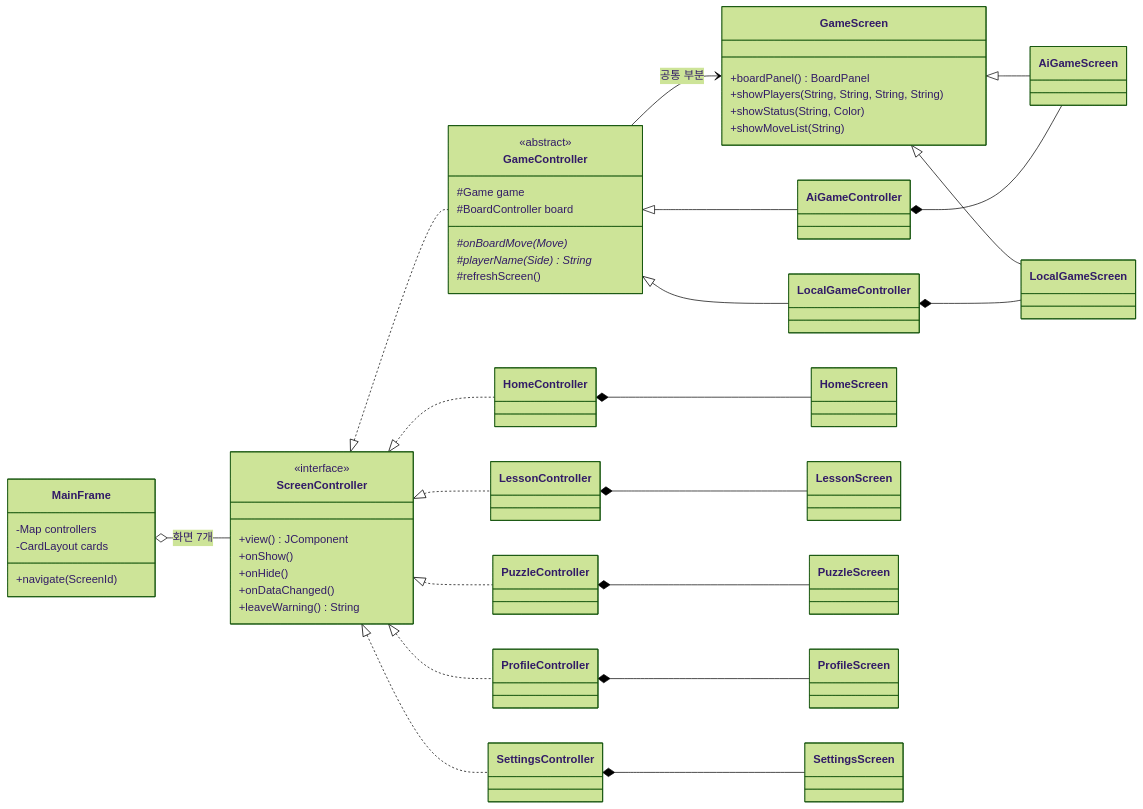
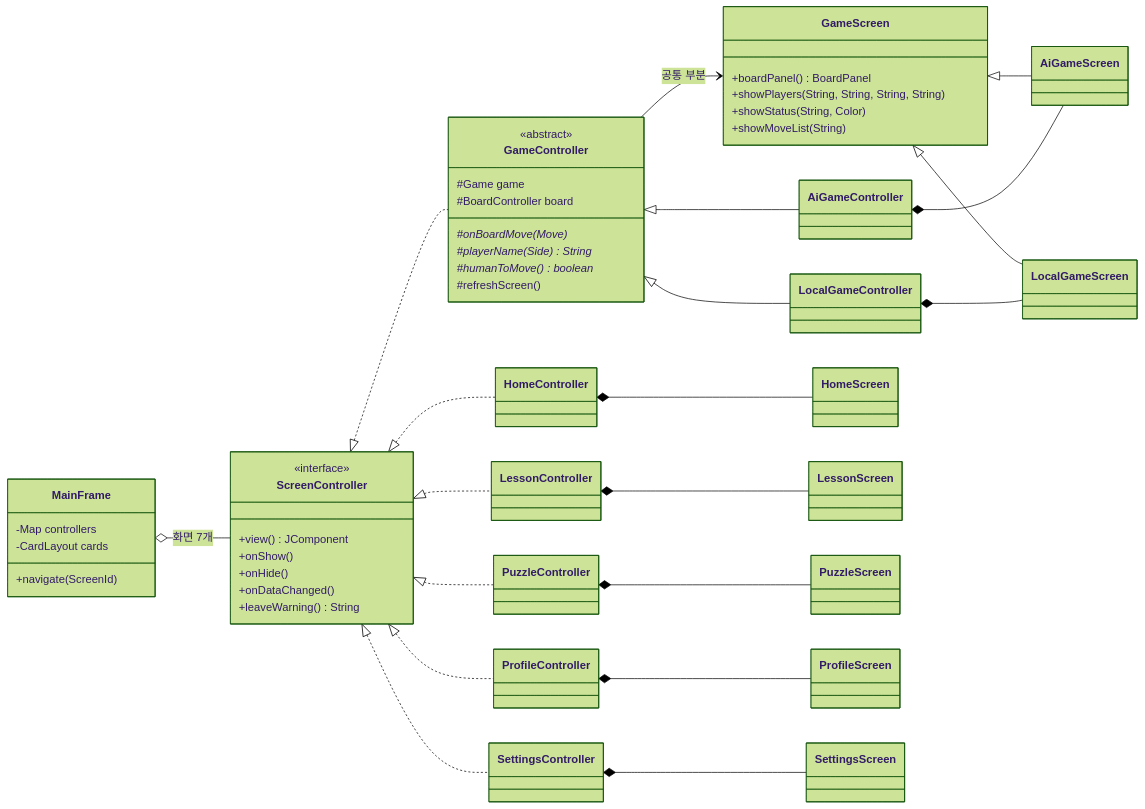
One commit to OOP-TeamA/chess-trainer changed the first of 3 diagrams in docs/frontend.md. Above: the diagram before and after it, drawn with Mermaid (forest theme). The commit also changed other lines of this file and 27 other files, not shown here.

````diff
--- a/docs/frontend.md
+++ b/docs/frontend.md
@@ -46,50 +46,51 @@
 ```mermaid
 classDiagram
     direction LR
     class MainFrame {
         -Map controllers
         -CardLayout cards
         +navigate(ScreenId)
     }
     class ScreenController {
         <<interface>>
         +view() JComponent
         +onShow()
         +onHide()
         +onDataChanged()
         +leaveWarning() String
     }
     class GameController {
         <<abstract>>
         #Game game
         #BoardController board
         #onBoardMove(Move)*
         #playerName(Side)* String
+        #humanToMove()* boolean
         #refreshScreen()
     }
     class GameScreen {
         +boardPanel() BoardPanel
         +showPlayers(String, String, String, String)
         +showStatus(String, Color)
         +showMoveList(String)
     }
     MainFrame o-- ScreenController : 화면 7개
     ScreenController <|.. HomeController
     ScreenController <|.. LessonController
     ScreenController <|.. PuzzleController
     ScreenController <|.. GameController
     ScreenController <|.. ProfileController
     ScreenController <|.. SettingsController
     GameController <|-- AiGameController
     GameController <|-- LocalGameController
     GameScreen <|-- AiGameScreen
     GameScreen <|-- LocalGameScreen
     HomeController *-- HomeScreen
     LessonController *-- LessonScreen
     PuzzleController *-- PuzzleScreen
     GameController --> GameScreen : 공통 부분
     AiGameController *-- AiGameScreen
     LocalGameController *-- LocalGameScreen
     ProfileController *-- ProfileScreen
     SettingsController *-- SettingsScreen
 ```
````
